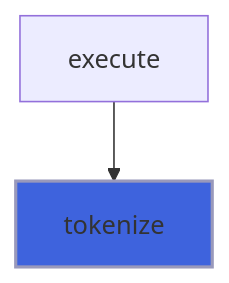
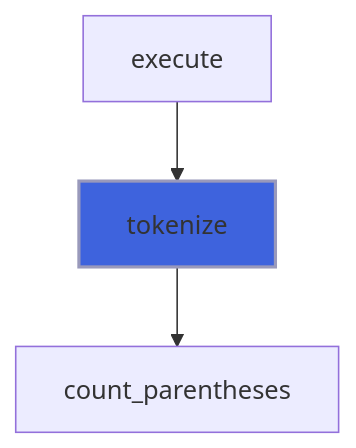
Before and after one commit to szaghi/foresight: the second of 2 diagrams in docs/api/src/lib/foresight_tokens.md, drawn with Mermaid. The commit also changed other lines of this file and 16 other files, not shown here.

````diff
--- a/docs/api/src/lib/foresight_tokens.md
+++ b/docs/api/src/lib/foresight_tokens.md
@@ -89,5 +91,6 @@
 ```mermaid
 flowchart TD
   execute["execute"] --> tokenize["tokenize"]
+  tokenize["tokenize"] --> count_parentheses["count_parentheses"]
   style tokenize fill:#3e63dd,stroke:#99b,stroke-width:2px
 ```
````
